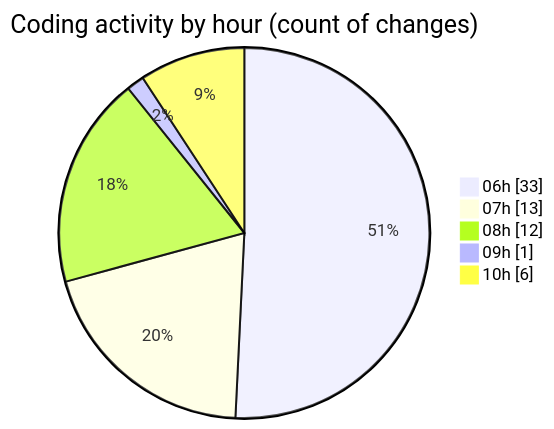
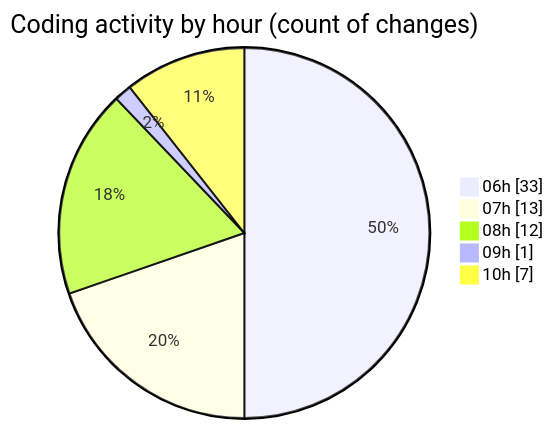
One commit to charlie-sans/code-tracking changed the second of 2 diagrams in 2025-02-21/micros/README.md. Above: the diagram before and after it, drawn with Mermaid. The commit also changed other lines of this file and 1 other file, not shown here.

````diff
--- a/2025-02-21/micros/README.md
+++ b/2025-02-21/micros/README.md
@@ -69,9 +70,9 @@
 ```mermaid
 pie showData
 title Coding activity by hour (count of changes)
 "06h" : 33
 "07h" : 13
 "08h" : 12
 "09h" : 1
-"10h" : 6
+"10h" : 7
 ```
````
